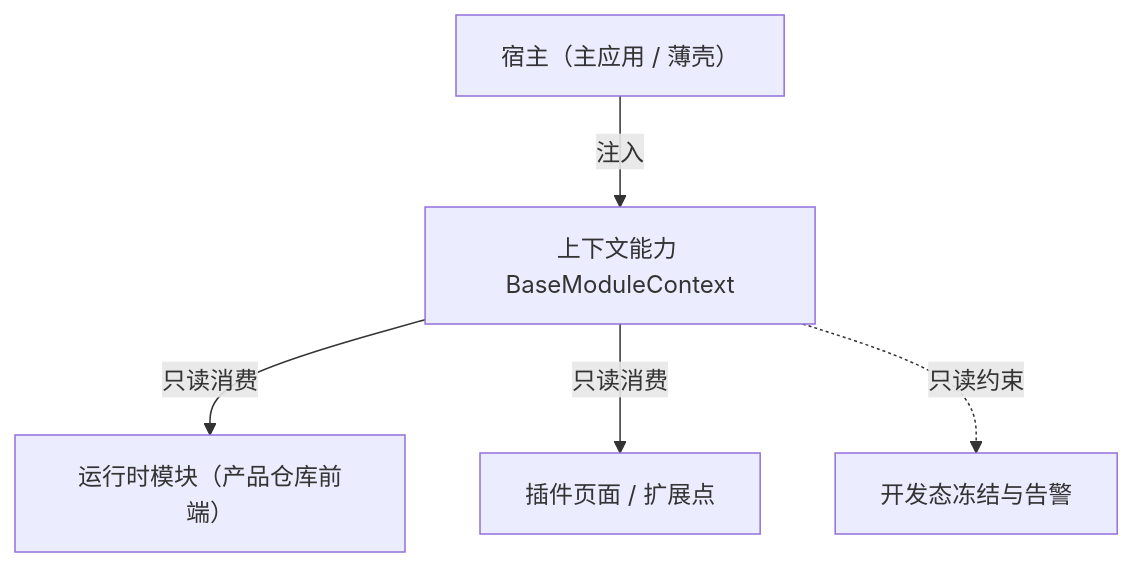
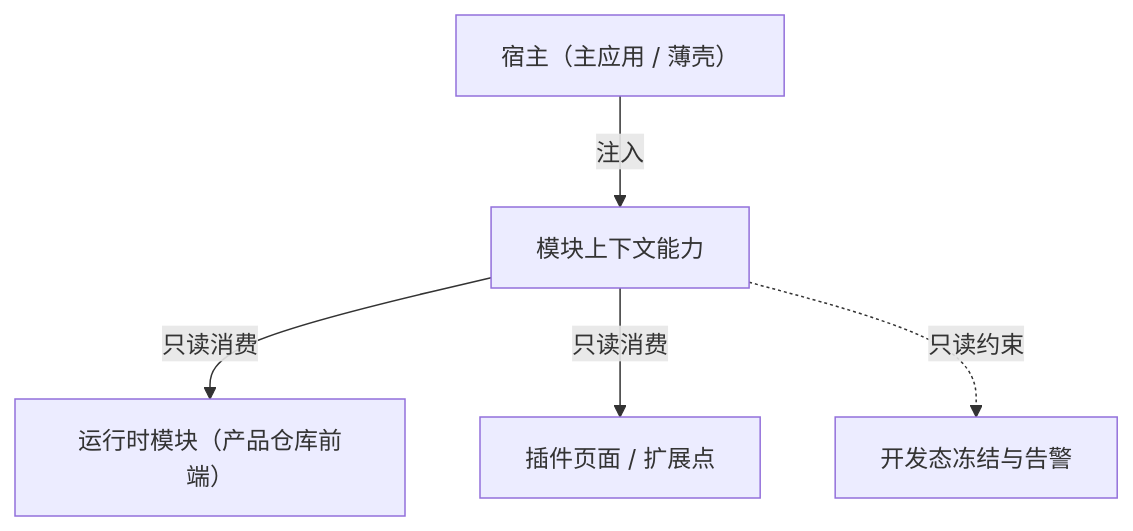
Before and after one commit to minjian123/basic-management-system: the diagram in bms文档/设计/组件设计/02_基础组件类/02_能力类/31_组件设计_模块上下文能力/31_组件设计_模块上下文能力.md, drawn with Mermaid. The commit also changed other lines of this file and 238 other files, not shown here.

````diff
--- a/bms文档/设计/组件设计/02_基础组件类/02_能力类/31_组件设计_模块上下文能力/31_组件设计_模块上下文能力.md
+++ b/bms文档/设计/组件设计/02_基础组件类/02_能力类/31_组件设计_模块上下文能力/31_组件设计_模块上下文能力.md
@@ -15,7 +16,7 @@
 ```mermaid
 flowchart TD
-    H["宿主（主应用 / 薄壳）"] -->|注入| FC["上下文能力 BaseModuleContext"]
+    H["宿主（主应用 / 薄壳）"] -->|注入| FC["模块上下文能力"]
     FC -->|只读消费| F1["运行时模块（产品仓库前端）"]
     FC -->|只读消费| F2["插件页面 / 扩展点"]
     FC -. 只读约束 .-> G["开发态冻结与告警"]
 ```
````
